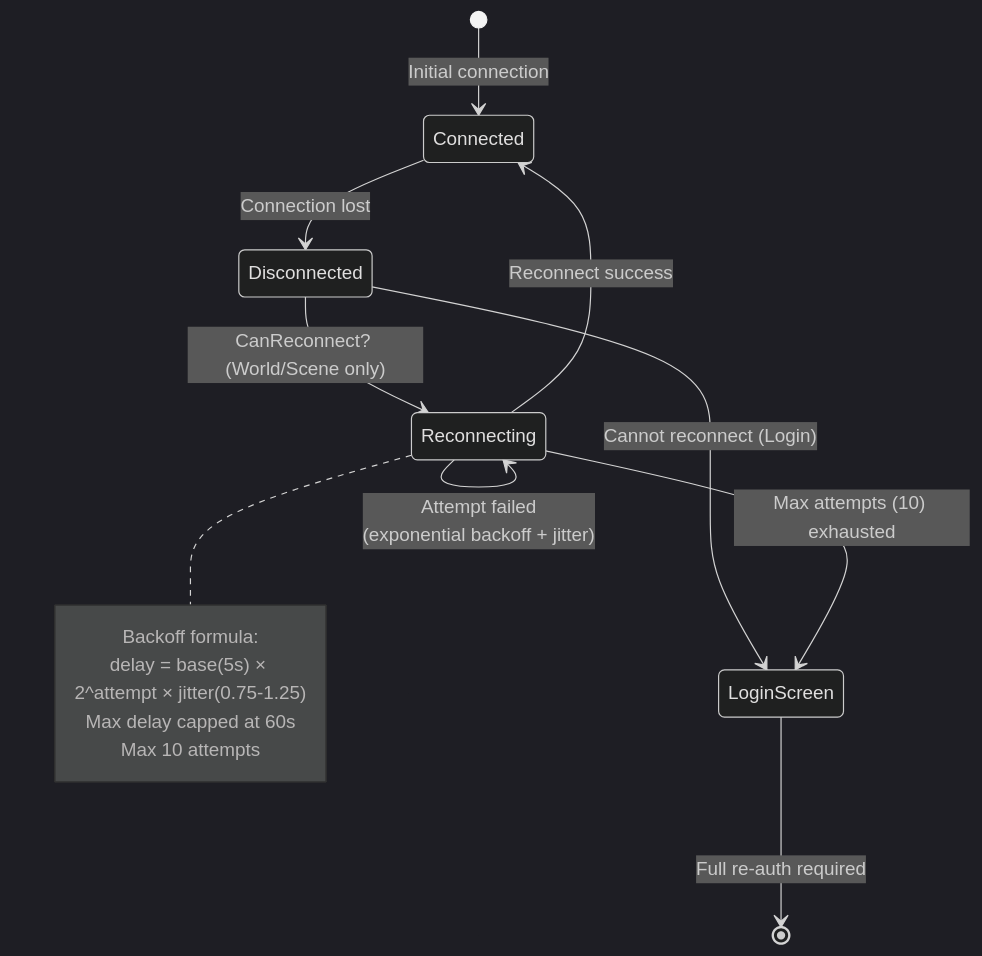
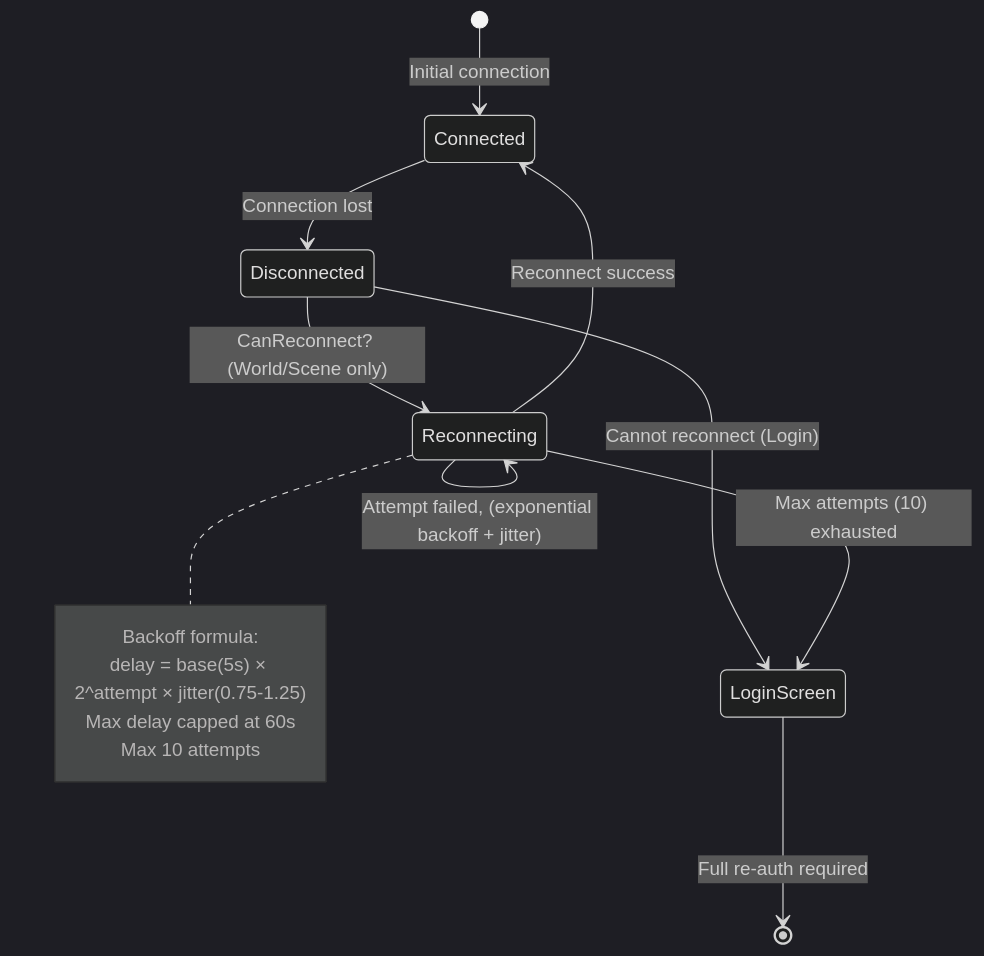
Before and after one commit to jimdroberts/FishMMO: diagram 11 of 11 in CONNECTION_PIPELINE.md, drawn with Mermaid (dark theme). The commit also changed other lines of this file, not shown here.

````diff
--- a/CONNECTION_PIPELINE.md
+++ b/CONNECTION_PIPELINE.md
@@ -573,18 +573,18 @@
 ```mermaid
 stateDiagram-v2
     [*] --> Connected: Initial connection
     Connected --> Disconnected: Connection lost
     Disconnected --> Reconnecting: CanReconnect? (World/Scene only)
     Disconnected --> LoginScreen: Cannot reconnect (Login)
     Reconnecting --> Connected: Reconnect success
-    Reconnecting --> Reconnecting: Attempt failed<br/>(exponential backoff + jitter)
+    Reconnecting --> Reconnecting: Attempt failed, (exponential backoff + jitter)
     Reconnecting --> LoginScreen: Max attempts (10) exhausted
     LoginScreen --> [*]: Full re-auth required
 
     note right of Reconnecting
         Backoff formula:
         delay = base(5s) × 2^attempt × jitter(0.75-1.25)
         Max delay capped at 60s
         Max 10 attempts
     end note
 ```
````
